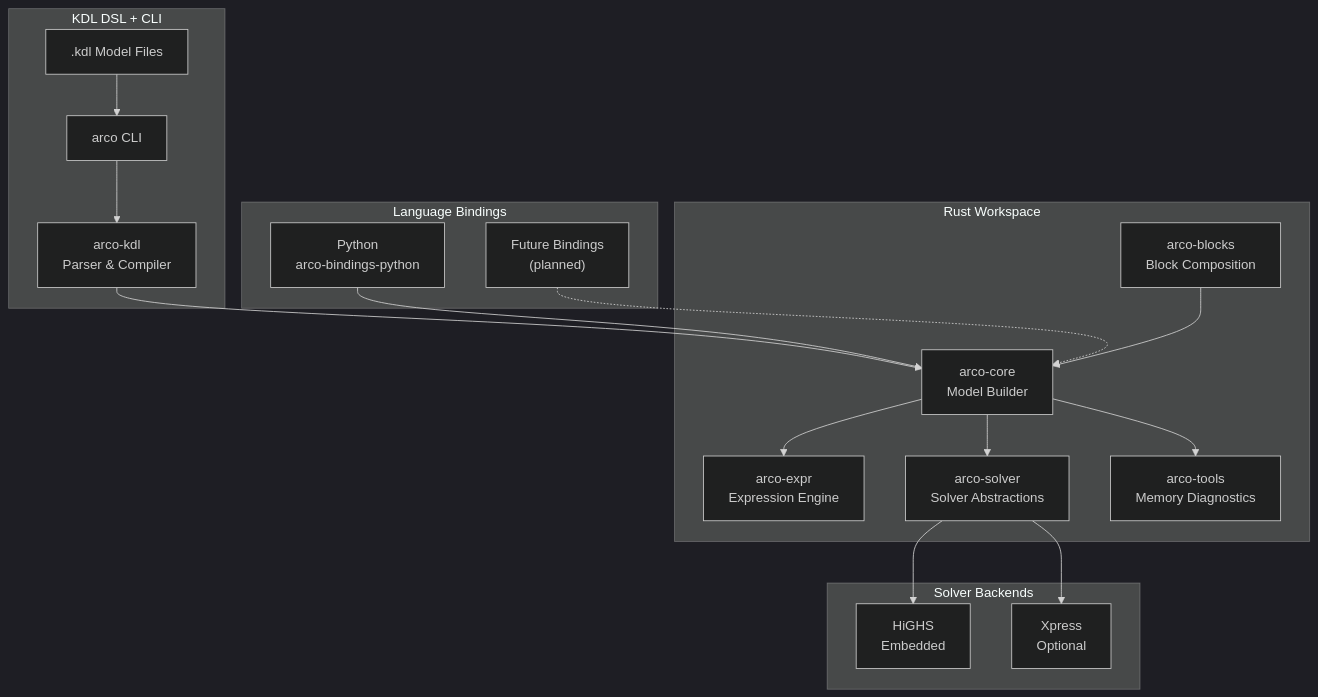
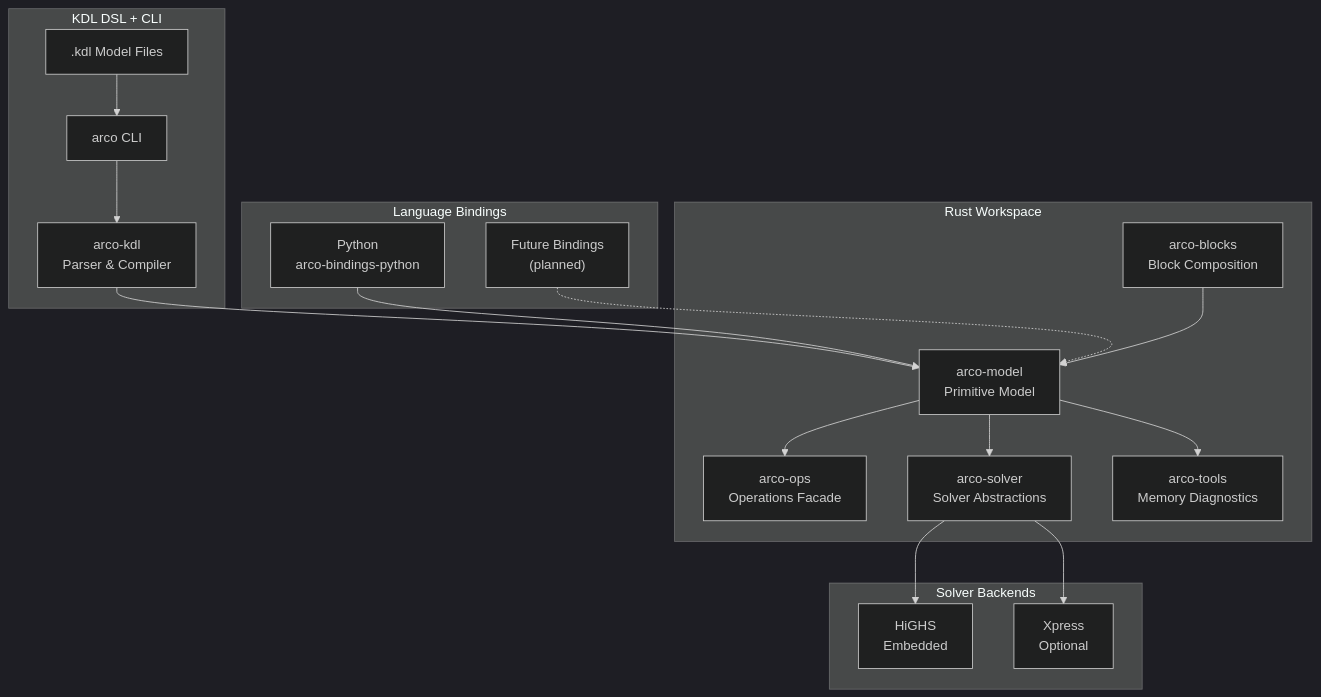
Before and after one commit to NatLabRockies/arco: the diagram in README.md, drawn with Mermaid (dark theme). The commit also changed other lines of this file and 39 other files, not shown here.

Commit message:
refactor(workspace): rescue and ship local architecture migration

````diff
--- a/README.md
+++ b/README.md
@@ -470,38 +470,38 @@
 ```mermaid
 graph TB
     subgraph DSL["KDL DSL + CLI"]
         A[".kdl Model Files"]
         B["arco CLI"]
         C[arco-kdl<br/>Parser & Compiler]
     end
 
     subgraph Bindings["Language Bindings"]
         D[Python<br/>arco-bindings-python]
         E["Future Bindings<br/>(planned)"]
     end
 
     subgraph Core["Rust Workspace"]
-        F[arco-core<br/>Model Builder]
-        G[arco-expr<br/>Expression Engine]
+        F[arco-model<br/>Primitive Model]
+        G[arco-ops<br/>Operations Facade]
         H[arco-solver<br/>Solver Abstractions]
         I[arco-blocks<br/>Block Composition]
         J[arco-tools<br/>Memory Diagnostics]
     end
 
     subgraph Solvers["Solver Backends"]
         K[HiGHS<br/>Embedded]
         L[Xpress<br/>Optional]
     end
 
     A --> B
     B --> C
     C --> F
     D --> F
     E -.-> F
     F --> G
     F --> J
     H --> K
     H --> L
     F --> H
     I --> F
 ```
````
